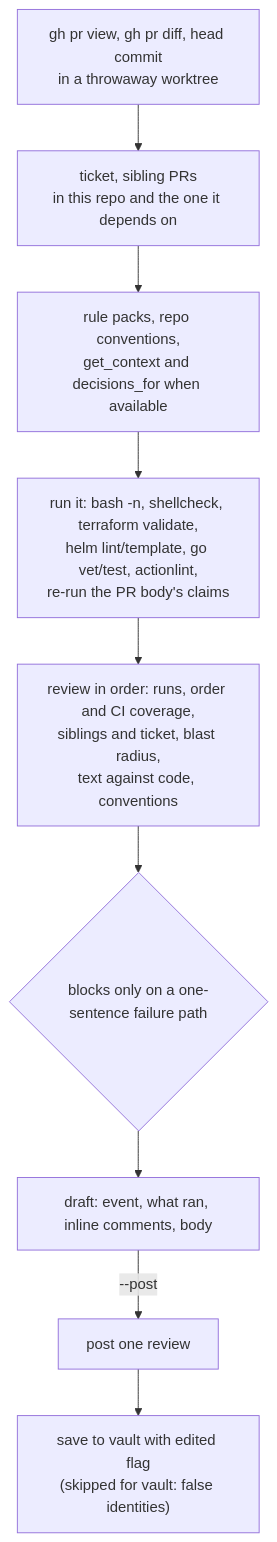
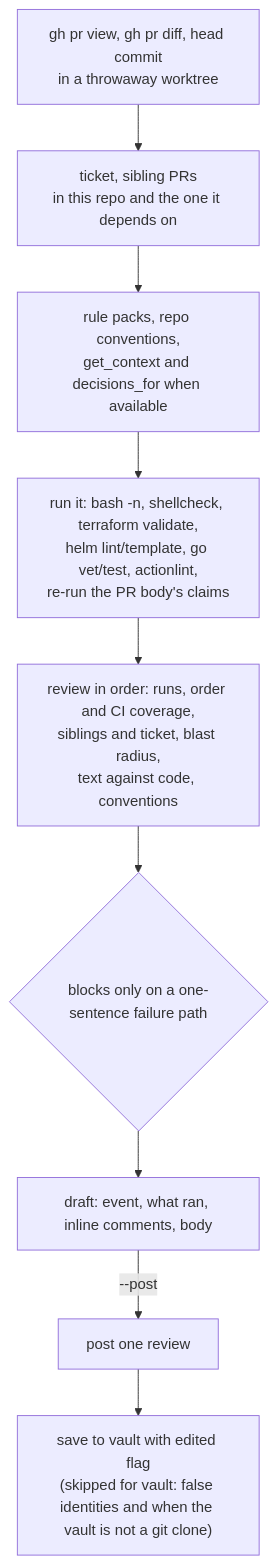
Before and after one commit to kislow/kio: the sixth of 12 diagrams in docs/skills.md, drawn with Mermaid. The commit also changed other lines of this file and 71 other files, not shown here.

````diff
--- a/docs/skills.md
+++ b/docs/skills.md
@@ -103,11 +103,11 @@
 ```mermaid
 flowchart TB
     a["gh pr view, gh pr diff, head commit<br/>in a throwaway worktree"] --> t["ticket, sibling PRs<br/>in this repo and the one it depends on"]
     t --> b["rule packs, repo conventions,<br/>get_context and decisions_for when available"]
     b --> r["run it: bash -n, shellcheck, terraform validate,<br/>helm lint/template, go vet/test, actionlint,<br/>re-run the PR body's claims"]
     r --> c["review in order: runs, order and CI coverage,<br/>siblings and ticket, blast radius,<br/>text against code, conventions"]
     c --> v{"blocks only on a one-sentence failure path"}
     v --> d["draft: event, what ran, inline comments, body"]
     d -->|--post| f["post one review"]
-    f --> g["save to vault with edited flag<br/>(skipped for vault: false identities)"]
+    f --> g["save to vault with edited flag<br/>(skipped for vault: false identities and when the vault is not a git clone)"]
 ```
````
